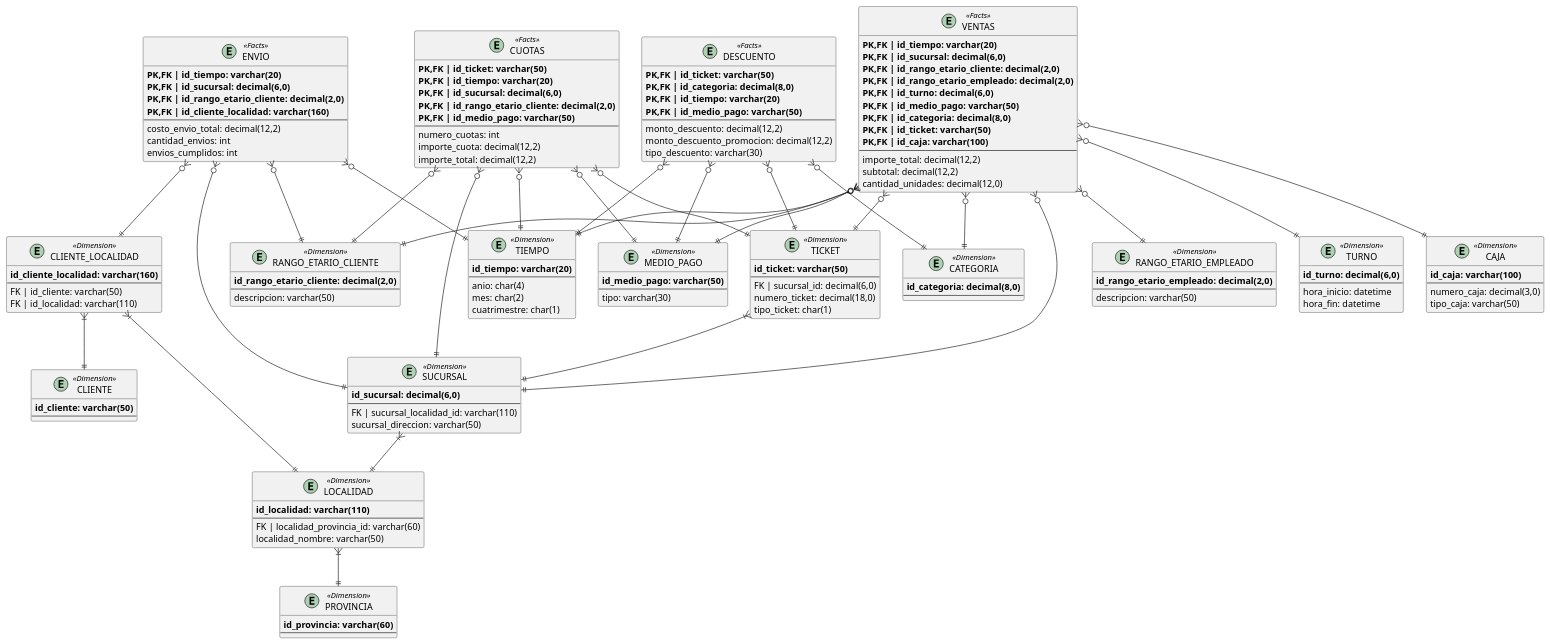
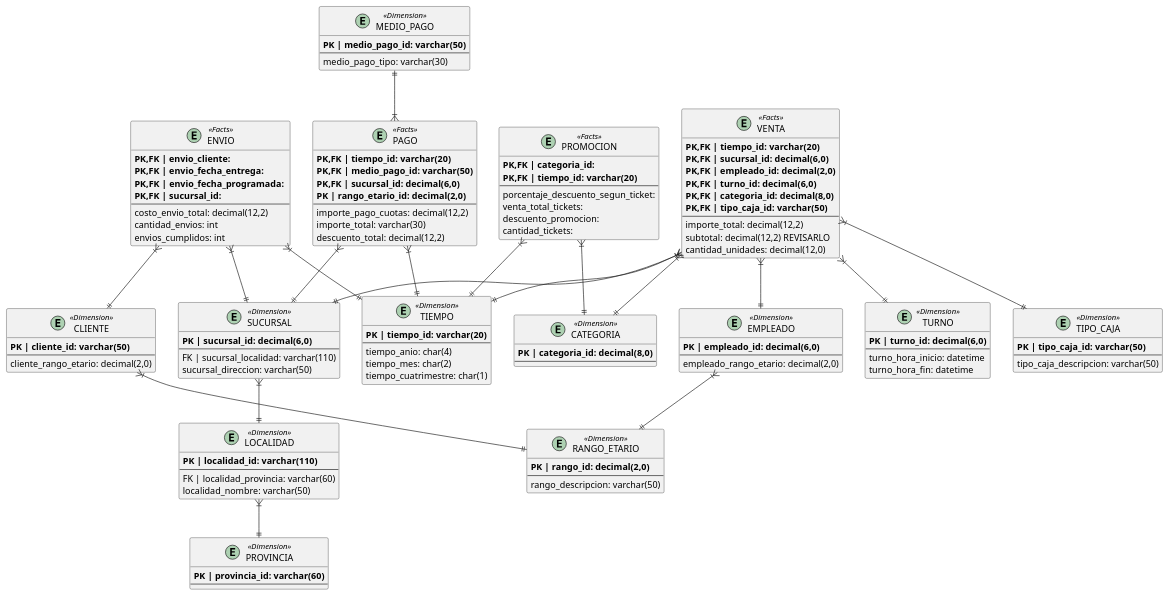
One commit to NicolasPin/GDD changed the diagram in DER_BI/src/DERBI.puml. Above: the diagram before and after it, drawn with PlantUML. The commit also changed 1 other file, not shown here.

```diff
--- a/DER_BI/src/DERBI.puml
+++ b/DER_BI/src/DERBI.puml
@@ -1,169 +1,144 @@
 @startuml
 
 entity TIEMPO <<Dimension>> {
-    **id_tiempo: varchar(20)**
+    **PK | tiempo_id: varchar(20)**
     --
-    anio: char(4)
-    mes: char(2)
-    cuatrimestre: char(1)
+    tiempo_anio: char(4)
+    tiempo_mes: char(2)
+    tiempo_cuatrimestre: char(1)
 }
 
 entity PROVINCIA <<Dimension>> {
-    **id_provincia: varchar(60)**
+    **PK | provincia_id: varchar(60)**
     --
 }
 
 entity LOCALIDAD <<Dimension>> {
-    **id_localidad: varchar(110)**
+    **PK | localidad_id: varchar(110)**
     --
-    FK | localidad_provincia_id: varchar(60)
+    FK | localidad_provincia: varchar(60)
     localidad_nombre: varchar(50)
 }
 
+entity EMPLEADO <<Dimension>> {
+    **PK | empleado_id: decimal(6,0)**
+    --
+    empleado_rango_etario: decimal(2,0)
+}
+
 entity CLIENTE <<Dimension>> {
-    **id_cliente: varchar(50)**
+    **PK | cliente_id: varchar(50)**
+    --
+    cliente_rango_etario: decimal(2,0)
+}
+
+entity SUCURSAL <<Dimension>> {
+    **PK | sucursal_id: decimal(6,0)**
+    --
+    FK | sucursal_localidad: varchar(110)
+    sucursal_direccion: varchar(50)
+}
+
+entity RANGO_ETARIO <<Dimension>> {
+    **PK | rango_id: decimal(2,0)**
+    --
+    rango_descripcion: varchar(50)
+}
+
+entity TURNO <<Dimension>> {
+    **PK | turno_id: decimal(6,0)**
+    --
+    turno_hora_inicio: datetime
+    turno_hora_fin: datetime
+}
+
+entity PAGO <<Facts>>{
+    **PK,FK | tiempo_id: varchar(20)**
+    **PK,FK | medio_pago_id: varchar(50)**
+    **PK,FK | sucursal_id: decimal(6,0)**
+    **PK | rango_etario_id: decimal(2,0)**
+    --
+    importe_pago_cuotas: decimal(12,2)
+    importe_total: varchar(30)
+    descuento_total: decimal(12,2)
+}
+
+entity MEDIO_PAGO <<Dimension>> {
+    **PK | medio_pago_id: varchar(50)**
+    --
+    medio_pago_tipo: varchar(30)
+}
+
+entity CATEGORIA <<Dimension>> {
+    **PK | categoria_id: decimal(8,0)**
     --
 }
 
-entity CLIENTE_LOCALIDAD <<Dimension>> {
-    **id_cliente_localidad: varchar(160)**
-    --
-    FK | id_cliente: varchar(50)
-    FK | id_localidad: varchar(110)
-}
-
-entity SUCURSAL <<Dimension>> {
-    **id_sucursal: decimal(6,0)**
-    --
-    FK | sucursal_localidad_id: varchar(110)
-    sucursal_direccion: varchar(50)
-}
-
-entity RANGO_ETARIO_CLIENTE <<Dimension>> {
-    **id_rango_etario_cliente: decimal(2,0)**
-    --
-    descripcion: varchar(50)
-}
-
-entity RANGO_ETARIO_EMPLEADO <<Dimension>> {
-    **id_rango_etario_empleado: decimal(2,0)**
-    --
-    descripcion: varchar(50)
-}
-
-entity TURNO <<Dimension>> {
-    **id_turno: decimal(6,0)**
-    --
-    hora_inicio: datetime
-    hora_fin: datetime
-}
-
-entity MEDIO_PAGO <<Dimension>> {
-    **id_medio_pago: varchar(50)**
-    --
-    tipo: varchar(30)
-}
-
-entity CATEGORIA <<Dimension>> {
-    **id_categoria: decimal(8,0)**
-    --
-}
-
-entity TICKET <<Dimension>> {
-    **id_ticket: varchar(50)**
-    --
-    FK | sucursal_id: decimal(6,0)
-    numero_ticket: decimal(18,0)
-    tipo_ticket: char(1)
-}
-
-entity CAJA <<Dimension>> {
-    **id_caja: varchar(100)**
-    --
-    numero_caja: decimal(3,0)
-    tipo_caja: varchar(50)
-}
-
-entity VENTAS <<Facts>> {
-    **PK,FK | id_tiempo: varchar(20)**
-    **PK,FK | id_sucursal: decimal(6,0)**
-    **PK,FK | id_rango_etario_cliente: decimal(2,0)**
-    **PK,FK | id_rango_etario_empleado: decimal(2,0)**
-    **PK,FK | id_turno: decimal(6,0)**
-    **PK,FK | id_medio_pago: varchar(50)**
-    **PK,FK | id_categoria: decimal(8,0)**
-    **PK,FK | id_ticket: varchar(50)**
-    **PK,FK | id_caja: varchar(100)**
+entity VENTA <<Facts>> {
+    **PK,FK | tiempo_id: varchar(20)**
+    **PK,FK | sucursal_id: decimal(6,0)**
+    **PK,FK | empleado_id: decimal(2,0)**
+    **PK,FK | turno_id: decimal(6,0)**
+    **PK,FK | categoria_id: decimal(8,0)**
+    **PK,FK | tipo_caja_id: varchar(50)**
     --
     importe_total: decimal(12,2)
-    subtotal: decimal(12,2)
+    subtotal: decimal(12,2) REVISARLO
     cantidad_unidades: decimal(12,0)
 }
 
-entity DESCUENTO <<Facts>> {
-    **PK,FK | id_ticket: varchar(50)**
-    **PK,FK | id_categoria: decimal(8,0)**
-    **PK,FK | id_tiempo: varchar(20)**
-    **PK,FK | id_medio_pago: varchar(50)**
+entity TIPO_CAJA <<Dimension>> {
+    **PK | tipo_caja_id: varchar(50)**
     --
-    monto_descuento: decimal(12,2)
-    monto_descuento_promocion: decimal(12,2)
-    tipo_descuento: varchar(30)
+    tipo_caja_descripcion: varchar(50)
+}
+
+entity PROMOCION <<Facts>> {
+    **PK,FK | categoria_id: **
+    **PK,FK | tiempo_id: varchar(20)**
+    --
+    porcentaje_descuento_segun_ticket:
+    venta_total_tickets:
+    descuento_promocion:
+    cantidad_tickets:
 }
 
 entity ENVIO <<Facts>> {
-    **PK,FK | id_tiempo: varchar(20)**
-    **PK,FK | id_sucursal: decimal(6,0)**
-    **PK,FK | id_rango_etario_cliente: decimal(2,0)**
-    **PK,FK | id_cliente_localidad: varchar(160)**
+    **PK,FK | envio_cliente: **
+    **PK,FK | envio_fecha_entrega: **
+    **PK,FK | envio_fecha_programada: **
+    **PK,FK | sucursal_id: **
     --
     costo_envio_total: decimal(12,2)
     cantidad_envios: int
     envios_cumplidos: int
 }
 
-entity CUOTAS <<Facts>> {
-    **PK,FK | id_ticket: varchar(50)**
-    **PK,FK | id_tiempo: varchar(20)**
-    **PK,FK | id_sucursal: decimal(6,0)**
-    **PK,FK | id_rango_etario_cliente: decimal(2,0)**
-    **PK,FK | id_medio_pago: varchar(50)**
-    --
-    numero_cuotas: int
-    importe_cuota: decimal(12,2)
-    importe_total: decimal(12,2)
-}
+MEDIO_PAGO ||--|{ PAGO
+
+PAGO }|--|| TIEMPO
+PAGO }|--|| SUCURSAL
+
+PROMOCION }|--|| TIEMPO
+PROMOCION }|--|| CATEGORIA
+
+VENTA }|--|| TIEMPO
+VENTA }|--|| SUCURSAL
+VENTA }|--|| EMPLEADO
+VENTA }|--|| TURNO
+VENTA }|--|| CATEGORIA
+VENTA }|--|| TIPO_CAJA
+
+ENVIO }|--|| TIEMPO
+ENVIO }|--|| SUCURSAL
+ENVIO }|--|| CLIENTE
+
+EMPLEADO }|--|| RANGO_ETARIO
+CLIENTE }|--|| RANGO_ETARIO
 
 LOCALIDAD }|--|| PROVINCIA
-CLIENTE_LOCALIDAD }|--|| CLIENTE
-CLIENTE_LOCALIDAD }|--|| LOCALIDAD
 SUCURSAL }|--|| LOCALIDAD
-TICKET }|--|| SUCURSAL
 
-VENTAS }o--|| TIEMPO
-VENTAS }o--|| SUCURSAL
-VENTAS }o--|| RANGO_ETARIO_CLIENTE
-VENTAS }o--|| RANGO_ETARIO_EMPLEADO
-VENTAS }o--|| TURNO
-VENTAS }o--|| MEDIO_PAGO
-VENTAS }o--|| CATEGORIA
-VENTAS }o--|| TICKET
-VENTAS }o--|| CAJA
 
-DESCUENTO }o--|| TICKET
-DESCUENTO }o--|| CATEGORIA
-DESCUENTO }o--|| TIEMPO
-DESCUENTO }o--|| MEDIO_PAGO
-
-ENVIO }o--|| TIEMPO
-ENVIO }o--|| SUCURSAL
-ENVIO }o--|| RANGO_ETARIO_CLIENTE
-ENVIO }o--|| CLIENTE_LOCALIDAD
-
-CUOTAS }o--|| TICKET
-CUOTAS }o--|| TIEMPO
-CUOTAS }o--|| SUCURSAL
-CUOTAS }o--|| RANGO_ETARIO_CLIENTE
-CUOTAS }o--|| MEDIO_PAGO
 
 @enduml
```
